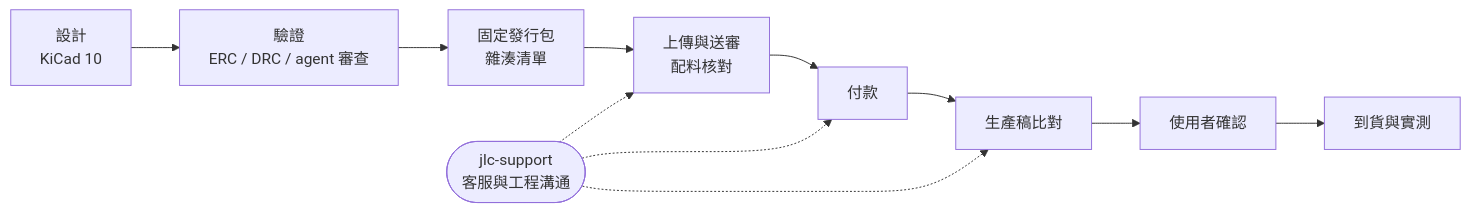
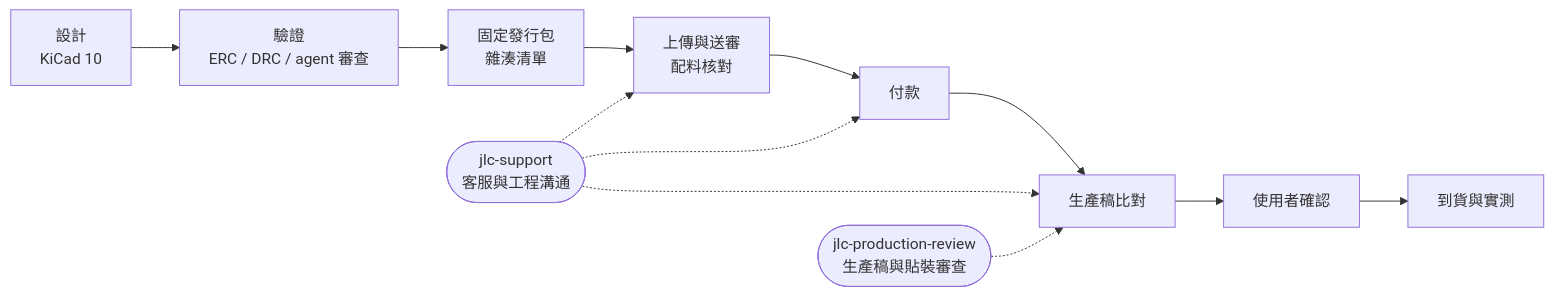
One commit to John-owo/pcb-agent-workflow changed the diagram in README.md. Above: the diagram before and after it, drawn with Mermaid. The commit also changed other lines of this file and 32 other files, not shown here.

First line of the commit message:
Add jlc-production-review skill, tool pairing, new checks and CI lint (#4)

````diff
--- a/README.md
+++ b/README.md
@@ -29,13 +29,14 @@
 ```mermaid
 flowchart LR
   A[設計<br/>KiCad 10] --> B[驗證<br/>ERC / DRC / agent 審查]
   B --> C[固定發行包<br/>雜湊清單]
   C --> D[上傳與送審<br/>配料核對]
   D --> E[付款]
   E --> F[生產稿比對]
   F --> G[使用者確認]
   G --> H[到貨與實測]
   S([jlc-support<br/>客服與工程溝通]) -.-> D
   S -.-> E
   S -.-> F
+  R([jlc-production-review<br/>生產稿與貼裝審查]) -.-> F
 ```
````
